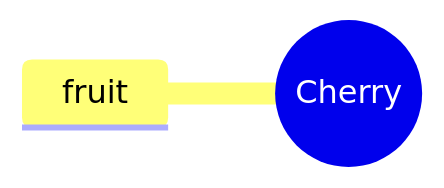
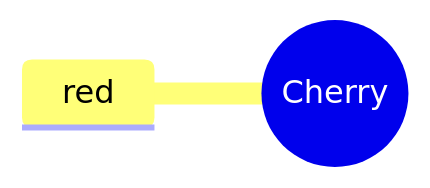
Before and after one commit to rgaiacs/dra-ttt-didactics-lesson: the second of 10 diagrams in index.qmd, drawn with Mermaid. The commit also changed other lines of this file, not shown here.

````diff
--- a/index.qmd
+++ b/index.qmd
@@ -59,5 +61,5 @@
 ```{mermaid}
 mindmap
   root((Cherry))
-    fruit
+    red
 ```
````
